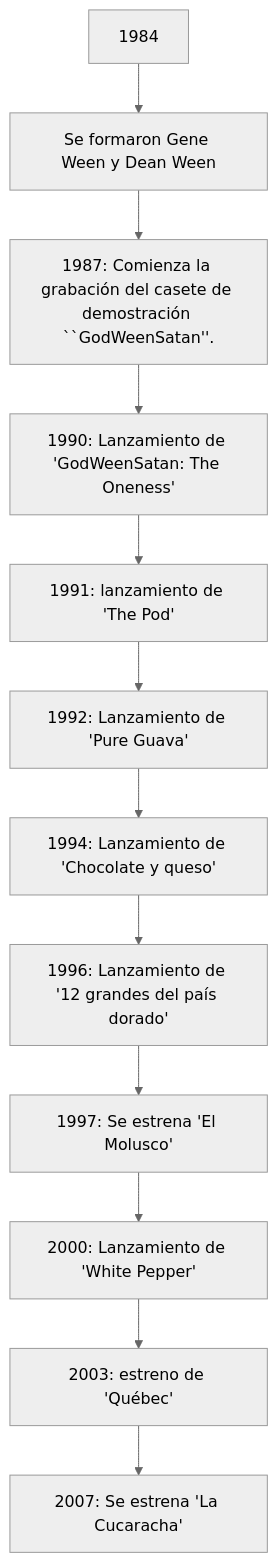
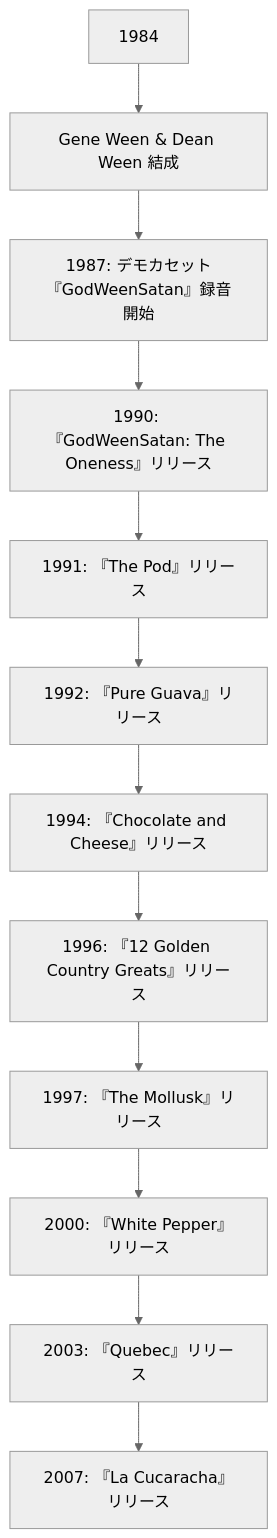
The diagram in es/_posts/2025-10-07-Column-Ween.md (monumental-movement/monumental-movement.github.io), drawn with Mermaid (neutral theme) before and after one commit. The commit also changed other lines of this file and 299 other files, not shown here.

```diff
--- a/es/_posts/2025-10-07-Column-Ween.md
+++ b/es/_posts/2025-10-07-Column-Ween.md
@@ -211,15 +211,15 @@
 <div class="mermaid">
 
 flowchart TD
-    A["1984"] --> B["Se formaron Gene Ween y Dean Ween"]
-    B --> C["1987: Comienza la grabación del casete de demostración ``GodWeenSatan''".]
-    C --> D["1990: Lanzamiento de 'GodWeenSatan: The Oneness'"]
-    D --> E["1991: lanzamiento de 'The Pod'"]
-    E --> F["1992: Lanzamiento de 'Pure Guava'"]
-    F --> G["1994: Lanzamiento de 'Chocolate y queso'"]
-    G --> H["1996: Lanzamiento de '12 grandes del país dorado'"]
-    H --> I["1997: Se estrena 'El Molusco'"]
-    I --> J["2000: Lanzamiento de 'White Pepper'"]
-    J --> K["2003: estreno de 'Québec'"]
-    K --> L["2007: Se estrena 'La Cucaracha'"]
+    A["1984"] --> B["Gene Ween & Dean Ween 結成"]
+    B --> C["1987: デモカセット『GodWeenSatan』録音開始"]
+    C --> D["1990: 『GodWeenSatan: The Oneness』リリース"]
+    D --> E["1991: 『The Pod』リリース"]
+    E --> F["1992: 『Pure Guava』リリース"]
+    F --> G["1994: 『Chocolate and Cheese』リリース"]
+    G --> H["1996: 『12 Golden Country Greats』リリース"]
+    H --> I["1997: 『The Mollusk』リリース"]
+    I --> J["2000: 『White Pepper』リリース"]
+    J --> K["2003: 『Quebec』リリース"]
+    K --> L["2007: 『La Cucaracha』リリース"]
 </div>
```
